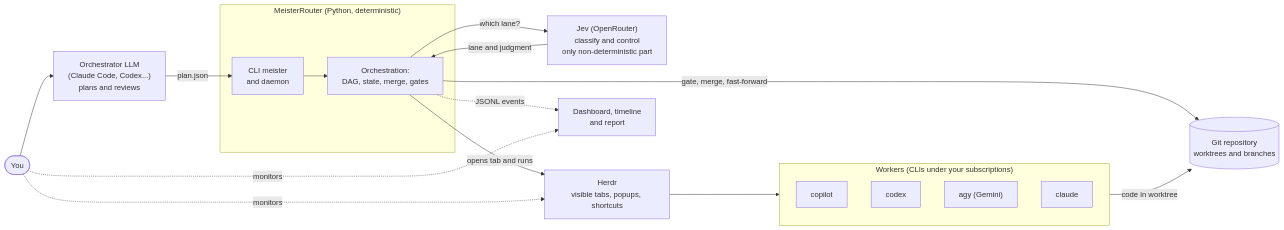
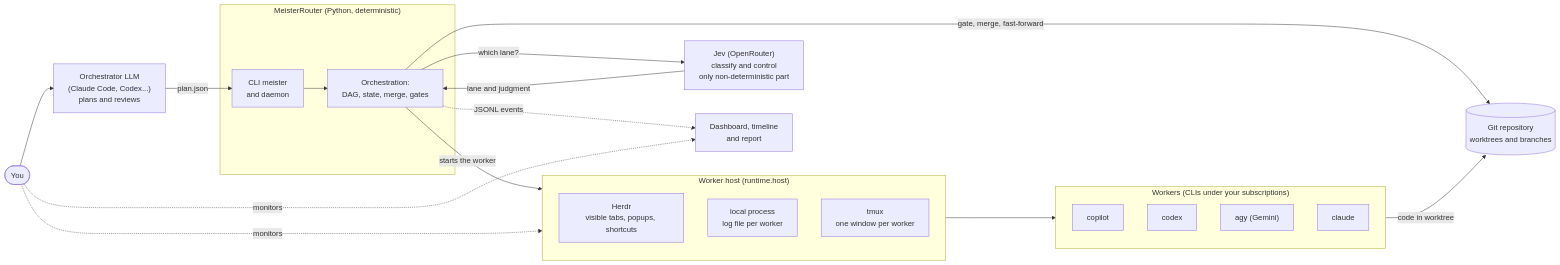
One commit to CristianonCarvalho/meisterrouter changed the first of 13 diagrams in docs/diagrams.md. Above: the diagram before and after it, drawn with Mermaid. The commit also changed other lines of this file and 3 other files, not shown here.

````diff
--- a/docs/diagrams.md
+++ b/docs/diagrams.md
@@ -30,32 +30,36 @@
 ```mermaid
 flowchart LR
   U(["You"])
   ORQ["Orchestrator LLM<br/>(Claude Code, Codex...)<br/>plans and reviews"]
   subgraph MR["MeisterRouter (Python, deterministic)"]
     CLI["CLI meister<br/>and daemon"]
     CORE["Orchestration:<br/>DAG, state, merge, gates"]
   end
   JEV["Jev (OpenRouter)<br/>classify and control<br/>only non-deterministic part"]
-  HERDR["Herdr<br/>visible tabs, popups, shortcuts"]
+  subgraph HOST["Worker host (runtime.host)"]
+    H1["Herdr<br/>visible tabs, popups, shortcuts"]
+    H2["local process<br/>log file per worker"]
+    H3["tmux<br/>one window per worker"]
+  end
   subgraph W["Workers (CLIs under your subscriptions)"]
     W1["copilot"]
     W2["codex"]
     W3["agy (Gemini)"]
     W4["claude"]
   end
   GIT[("Git repository<br/>worktrees and branches")]
   OBS["Dashboard, timeline<br/>and report"]
 
   U --> ORQ
   ORQ -- "plan.json" --> CLI
   CLI --> CORE
   CORE -- "which lane?" --> JEV
   JEV -- "lane and judgment" --> CORE
-  CORE -- "opens tab and runs" --> HERDR
-  HERDR --> W
+  CORE -- "starts the worker" --> HOST
+  HOST --> W
   W -- "code in worktree" --> GIT
   CORE -- "gate, merge, fast-forward" --> GIT
   CORE -. "JSONL events" .-> OBS
   U -. "monitors" .-> OBS
-  U -. "monitors" .-> HERDR
+  U -. "monitors" .-> HOST
 ```
````
